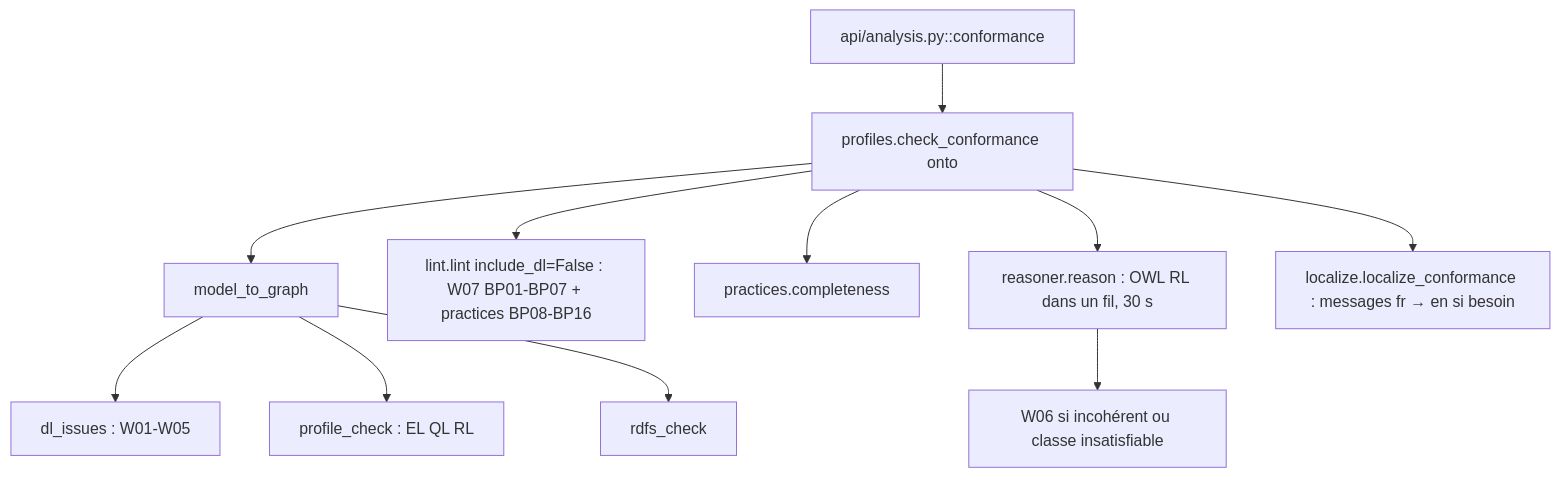
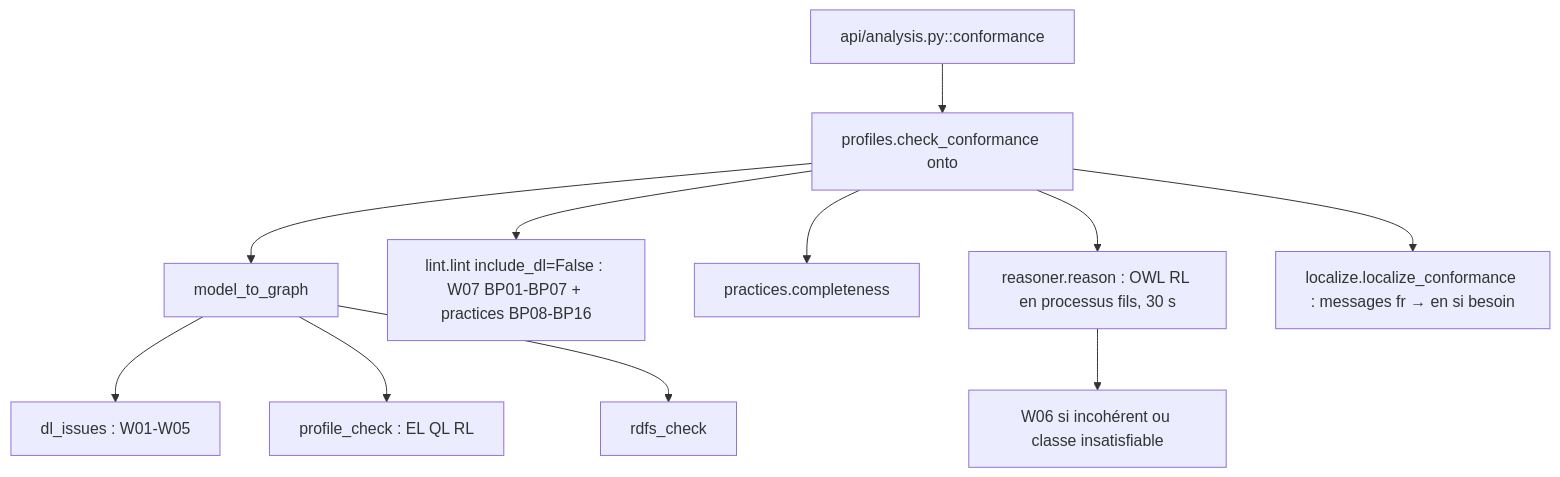
One commit to XapedemakX/OntoForge changed the first of 2 diagrams in docs/dev/05-conformite-owl-hermit.md. Above: the diagram before and after it, drawn with Mermaid. The commit also changed other lines of this file and 87 other files, not shown here.

````diff
--- a/docs/dev/05-conformite-owl-hermit.md
+++ b/docs/dev/05-conformite-owl-hermit.md
@@ -49,13 +51,13 @@
 ```mermaid
 flowchart TD
   A[api/analysis.py::conformance] --> B[profiles.check_conformance onto]
   B --> G[model_to_graph]
   G --> DL[dl_issues : W01-W05]
   G --> PR[profile_check : EL QL RL]
   G --> RS[rdfs_check]
   B --> L[lint.lint include_dl=False : W07 BP01-BP07 + practices BP08-BP16]
   B --> C[practices.completeness]
-  B --> R[reasoner.reason : OWL RL dans un fil, 30 s]
+  B --> R[reasoner.reason : OWL RL en processus fils, 30 s]
   R --> W6[W06 si incohérent ou classe insatisfiable]
   B --> T[localize.localize_conformance : messages fr → en si besoin]
 ```
````
